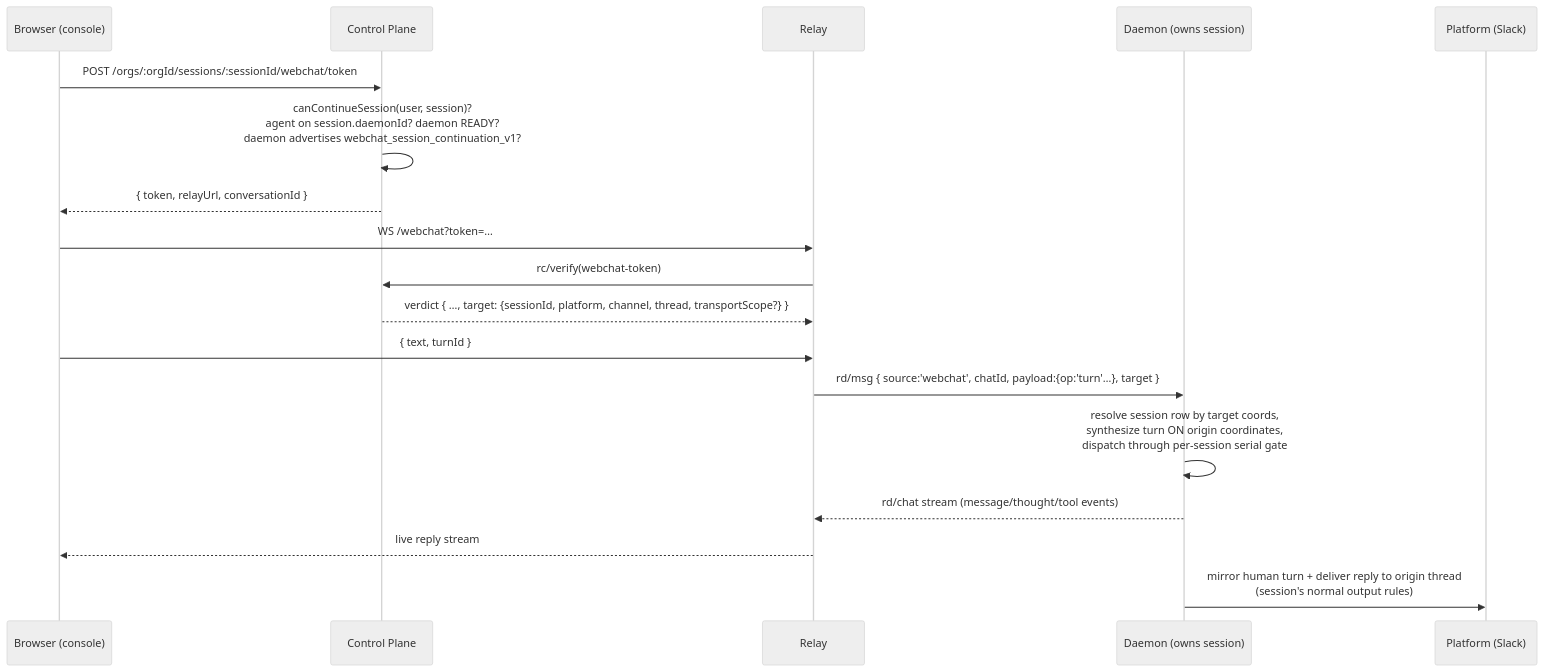
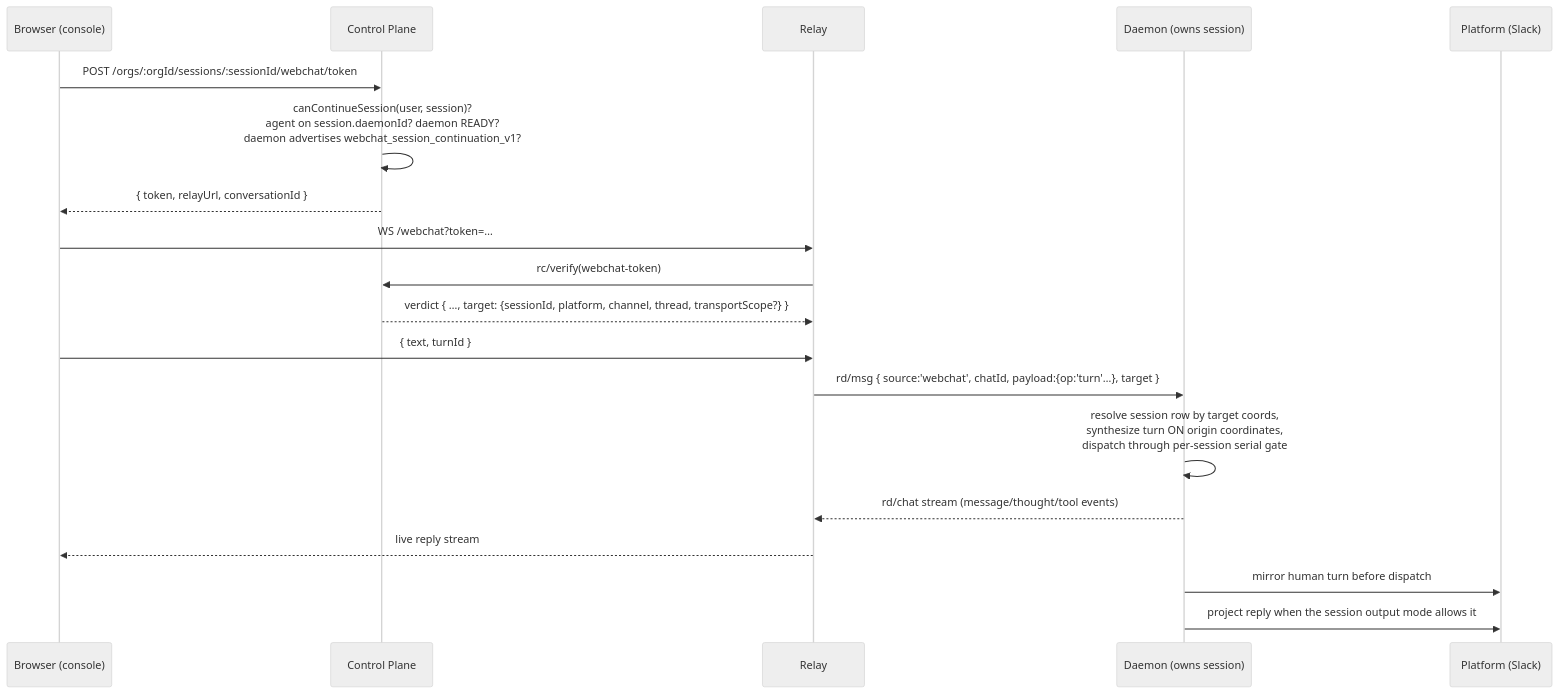
One commit to agentconnect-md/agentconnect changed the diagram in docs/designs/webchat-cross-integration-continuation.md. Above: the diagram before and after it, drawn with Mermaid (neutral theme). The commit also changed other lines of this file, not shown here.

Commit message:
fix(docs): clarify session continuation mechanics and authorization rules

````diff
--- a/docs/designs/webchat-cross-integration-continuation.md
+++ b/docs/designs/webchat-cross-integration-continuation.md
@@ -140,21 +142,22 @@
 ```mermaid
 sequenceDiagram
     participant B as Browser (console)
     participant CP as Control Plane
     participant R as Relay
     participant D as Daemon (owns session)
     participant P as Platform (Slack)
 
     B->>CP: POST /orgs/:orgId/sessions/:sessionId/webchat/token
     CP->>CP: canContinueSession(user, session)?<br/>agent on session.daemonId? daemon READY?<br/>daemon advertises webchat_session_continuation_v1?
     CP-->>B: { token, relayUrl, conversationId }
     B->>R: WS /webchat?token=…
     R->>CP: rc/verify(webchat-token)
     CP-->>R: verdict { …, target: {sessionId, platform, channel, thread, transportScope?} }
     B->>R: { text, turnId }
     R->>D: rd/msg { source:'webchat', chatId, payload:{op:'turn'…}, target }
     D->>D: resolve session row by target coords,<br/>synthesize turn ON origin coordinates,<br/>dispatch through per-session serial gate
     D-->>R: rd/chat stream (message/thought/tool events)
     R-->>B: live reply stream
-    D->>P: mirror human turn + deliver reply to origin thread<br/>(session's normal output rules)
+    D->>P: mirror human turn before dispatch
+    D->>P: project reply when the session output mode allows it
 ```
````
